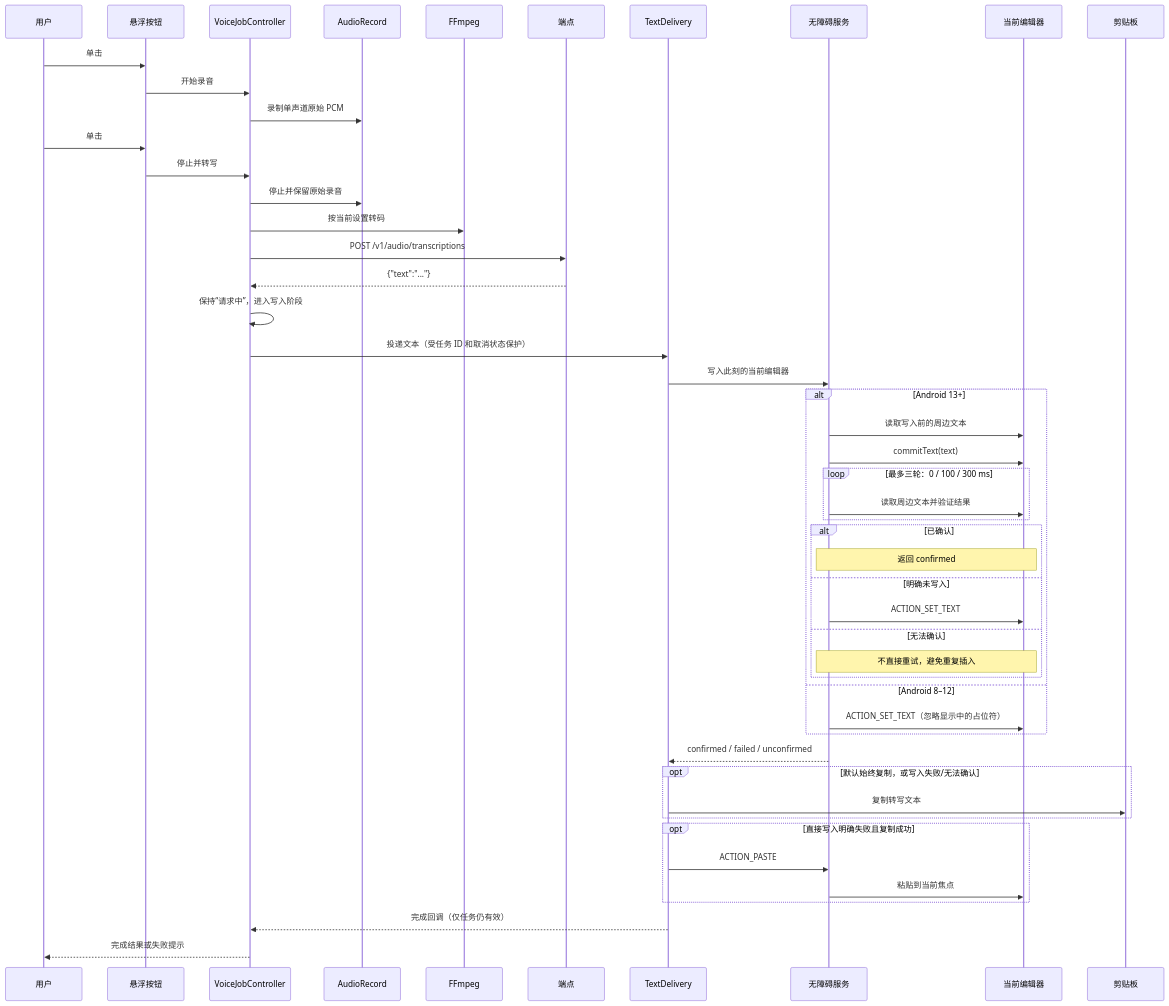
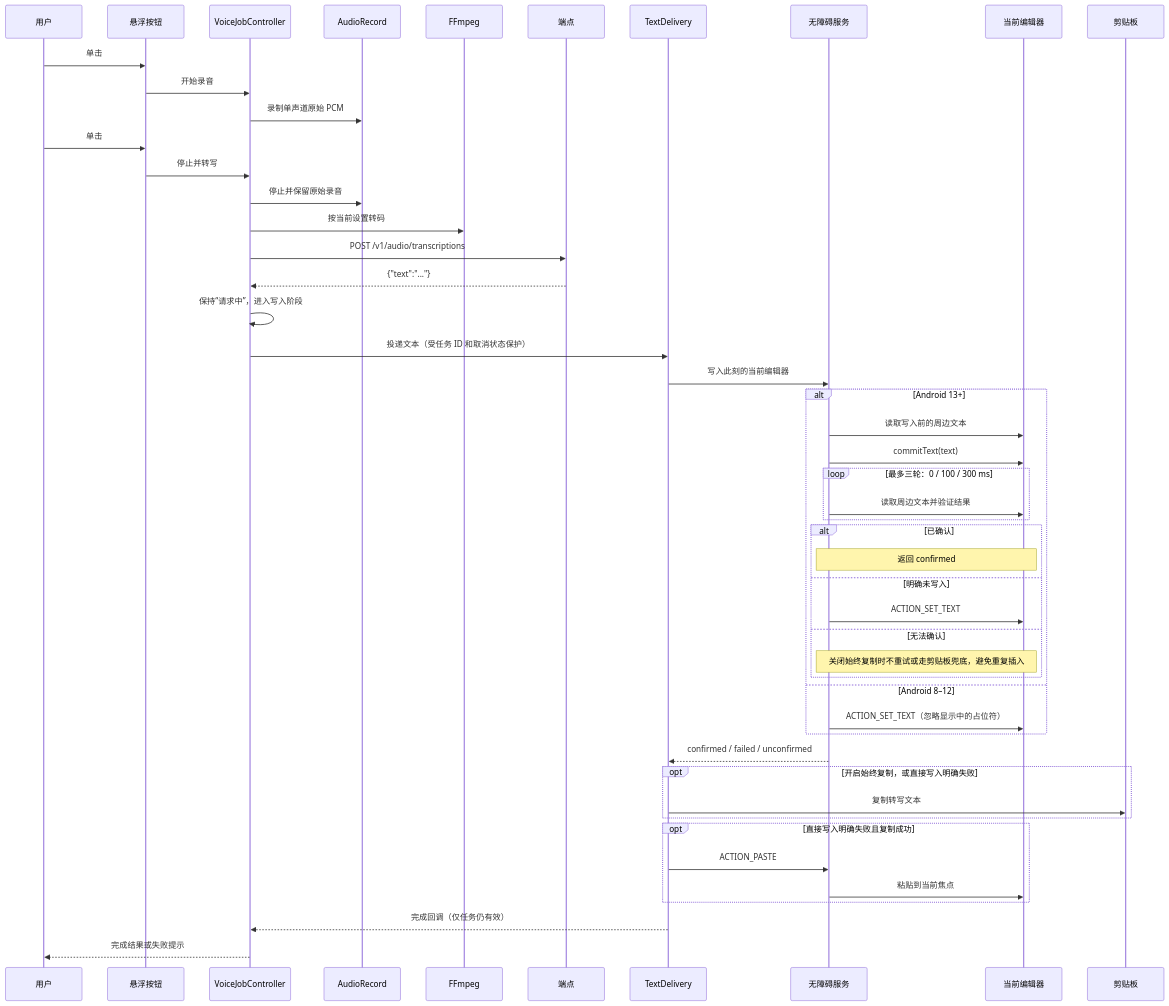
One commit to Joey-Kot/Dictate changed the second of 3 diagrams in README_ZH.md. Above: the diagram before and after it, drawn with Mermaid. The commit also changed other lines of this file and 6 other files, not shown here.

````diff
--- a/README_ZH.md
+++ b/README_ZH.md
@@ -61,51 +61,51 @@
 ```mermaid
 sequenceDiagram
   participant U as 用户
   participant O as 悬浮按钮
   participant J as VoiceJobController
   participant R as AudioRecord
   participant F as FFmpeg
   participant P as 端点
   participant D as TextDelivery
   participant A as 无障碍服务
   participant E as 当前编辑器
   participant C as 剪贴板
   U->>O: 单击
   O->>J: 开始录音
   J->>R: 录制单声道原始 PCM
   U->>O: 单击
   O->>J: 停止并转写
   J->>R: 停止并保留原始录音
   J->>F: 按当前设置转码
   J->>P: POST /v1/audio/transcriptions
   P-->>J: {"text":"..."}
   J->>J: 保持“请求中”，进入写入阶段
   J->>D: 投递文本（受任务 ID 和取消状态保护）
   D->>A: 写入此刻的当前编辑器
   alt Android 13+
     A->>E: 读取写入前的周边文本
     A->>E: commitText(text)
     loop 最多三轮：0 / 100 / 300 ms
       A->>E: 读取周边文本并验证结果
     end
     alt 已确认
       Note over A,E: 返回 confirmed
     else 明确未写入
       A->>E: ACTION_SET_TEXT
     else 无法确认
-      Note over A,E: 不直接重试，避免重复插入
+      Note over A,E: 关闭始终复制时不重试或走剪贴板兜底，避免重复插入
     end
   else Android 8–12
     A->>E: ACTION_SET_TEXT（忽略显示中的占位符）
   end
   A-->>D: confirmed / failed / unconfirmed
-  opt 默认始终复制，或写入失败/无法确认
+  opt 开启始终复制，或直接写入明确失败
     D->>C: 复制转写文本
   end
   opt 直接写入明确失败且复制成功
     D->>A: ACTION_PASTE
     A->>E: 粘贴到当前焦点
   end
   D-->>J: 完成回调（仅任务仍有效）
   J-->>U: 完成结果或失败提示
 ```
````
